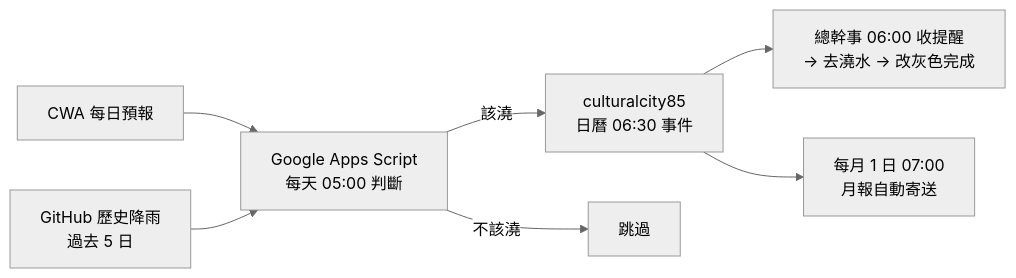
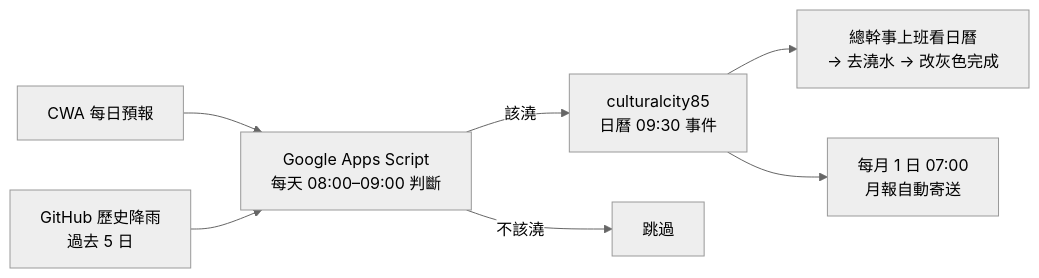
One commit to culturalcity/culturalcity.github.io changed the third of 5 diagrams in src/admin/staff/pm-wiki.md. Above: the diagram before and after it, drawn with Mermaid (neutral theme). The commit also changed other lines of this file, not shown here.

First line of the commit message:
docs(admin): 總幹事 Wiki 第二章 §2.3 改為完整的自動提醒一覽（低溫、豪雨、強降雨、強風、路權、帳單存檔）；澆水提醒時間更正為 09:30

````diff
--- a/src/admin/staff/pm-wiki.md
+++ b/src/admin/staff/pm-wiki.md
@@ -1162,9 +1169,9 @@
 ```mermaid
 flowchart LR
-  A[CWA 每日預報] --> B[Google Apps Script<br/>每天 05:00 判斷]
+  A[CWA 每日預報] --> B[Google Apps Script<br/>每天 08:00–09:00 判斷]
   C[GitHub 歷史降雨<br/>過去 5 日] --> B
-  B -- 該澆 --> D[culturalcity85<br/>日曆 06:30 事件]
+  B -- 該澆 --> D[culturalcity85<br/>日曆 09:30 事件]
   B -- 不該澆 --> E[跳過]
-  D --> F[總幹事 06:00 收提醒<br/>→ 去澆水 → 改灰色完成]
+  D --> F[總幹事上班看日曆<br/>→ 去澆水 → 改灰色完成]
   D --> G[每月 1 日 07:00<br/>月報自動寄送]
 ```
````
